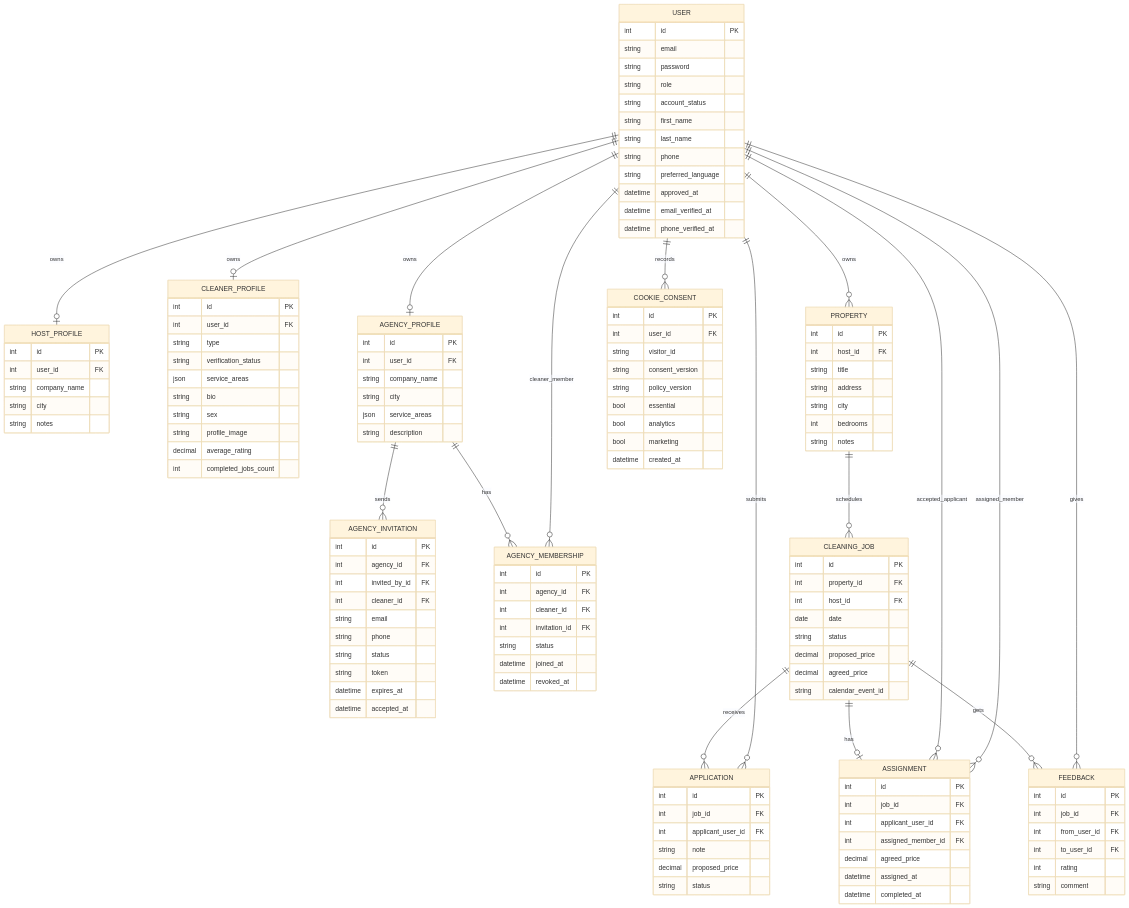
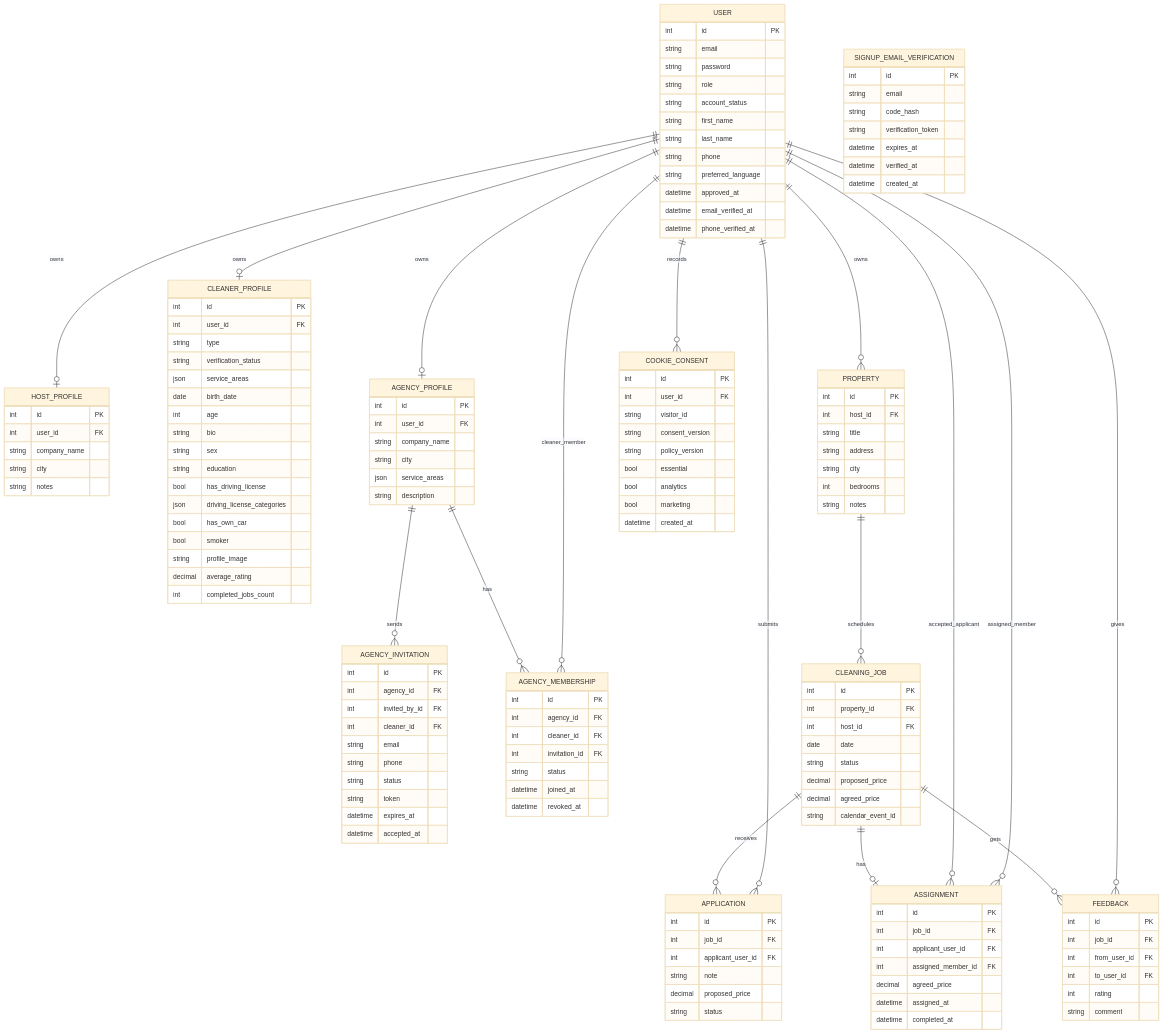
One commit to ICleanHouse/airbnb_tax changed the diagram in architecture-db-workflow.md. Above: the diagram before and after it, drawn with Mermaid (base theme). The commit also changed other lines of this file and 32 other files, not shown here.

```diff
--- a/architecture-db-workflow.md
+++ b/architecture-db-workflow.md
@@ -35,8 +35,15 @@
       string type
       string verification_status
       json service_areas
+      date birth_date
+      int age
       string bio
       string sex
+      string education
+      bool has_driving_license
+      json driving_license_categories
+      bool has_own_car
+      bool smoker
       string profile_image
       decimal average_rating
       int completed_jobs_count
@@ -125,6 +132,15 @@
       bool marketing
       datetime created_at
     }
+    SIGNUP_EMAIL_VERIFICATION {
+      int id PK
+      string email
+      string code_hash
+      string verification_token
+      datetime expires_at
+      datetime verified_at
+      datetime created_at
+    }
 
     USER ||--o| HOST_PROFILE : owns
     USER ||--o| CLEANER_PROFILE : owns
```
